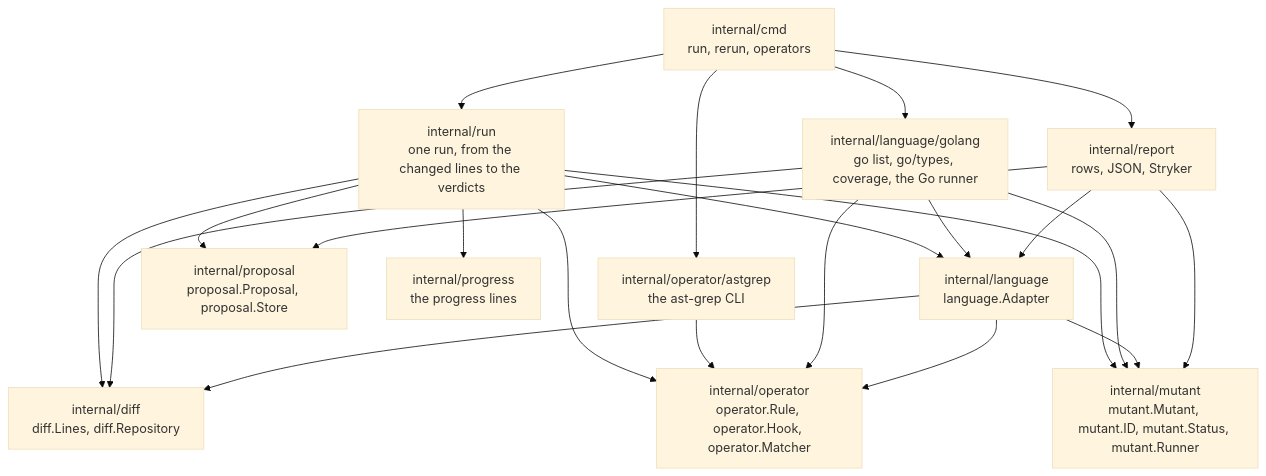
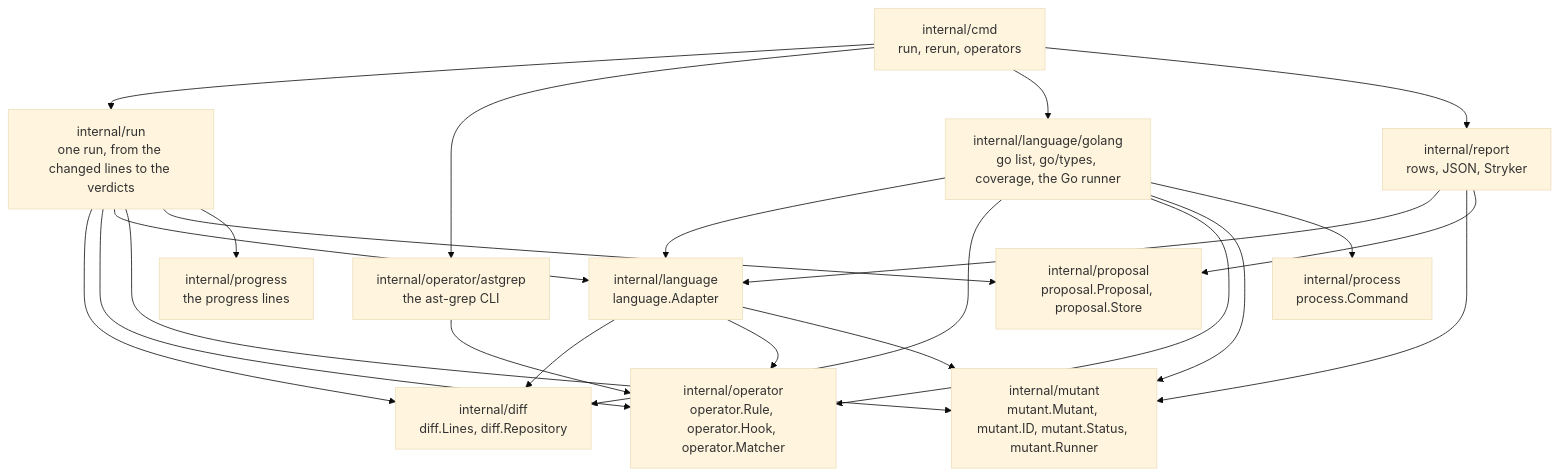
Before and after one commit to hpcsc/mutants: the fifth of 5 diagrams in docs/design.md, drawn with Mermaid (base theme). The commit also changed other lines of this file and 4 other files, not shown here.

````diff
--- a/docs/design.md
+++ b/docs/design.md
@@ -604,35 +604,37 @@
 ```mermaid
 flowchart TD
     CMD["internal/cmd<br/>run, rerun, operators"]
     RUN["internal/run<br/>one run, from the changed lines to the verdicts"]
     DIFF["internal/diff<br/>diff.Lines, diff.Repository"]
     OP["internal/operator<br/>operator.Rule, operator.Hook, operator.Matcher"]
     AG["internal/operator/astgrep<br/>the ast-grep CLI"]
     MUT["internal/mutant<br/>mutant.Mutant, mutant.ID, mutant.Status, mutant.Runner"]
     LANG["internal/language<br/>language.Adapter"]
     GO["internal/language/golang<br/>go list, go/types, coverage, the Go runner"]
     REP["internal/report<br/>rows, JSON, Stryker"]
     PROP["internal/proposal<br/>proposal.Proposal, proposal.Store"]
     PROG["internal/progress<br/>the progress lines"]
+    PROC["internal/process<br/>process.Command"]
     CMD --> RUN
     CMD --> AG
     CMD --> GO
     CMD --> REP
     RUN --> DIFF
     RUN --> OP
     RUN --> LANG
     RUN --> MUT
     RUN --> PROP
     RUN --> PROG
     AG --> OP
     GO --> LANG
     GO --> DIFF
     GO --> OP
     GO --> MUT
+    GO --> PROC
     LANG --> DIFF
     LANG --> OP
     LANG --> MUT
     REP --> LANG
     REP --> MUT
     REP --> PROP
 ```
````
